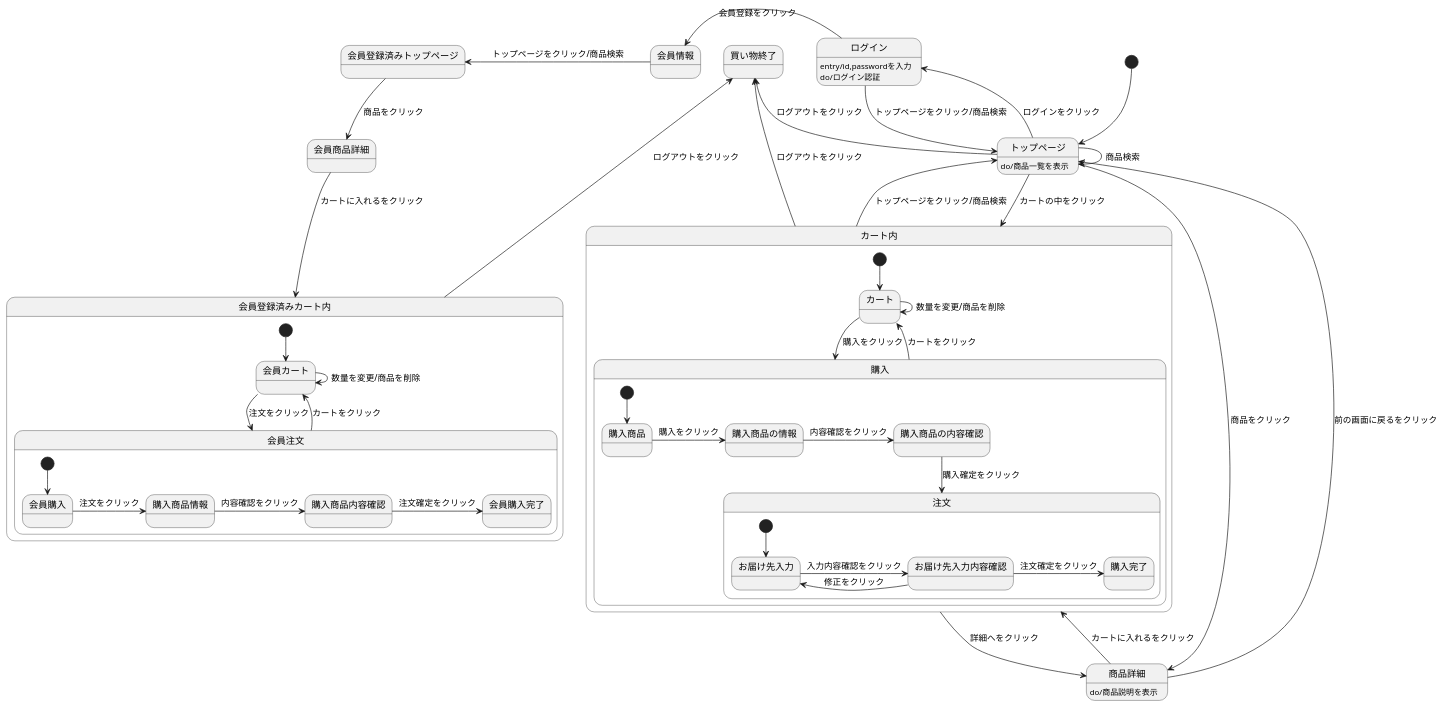
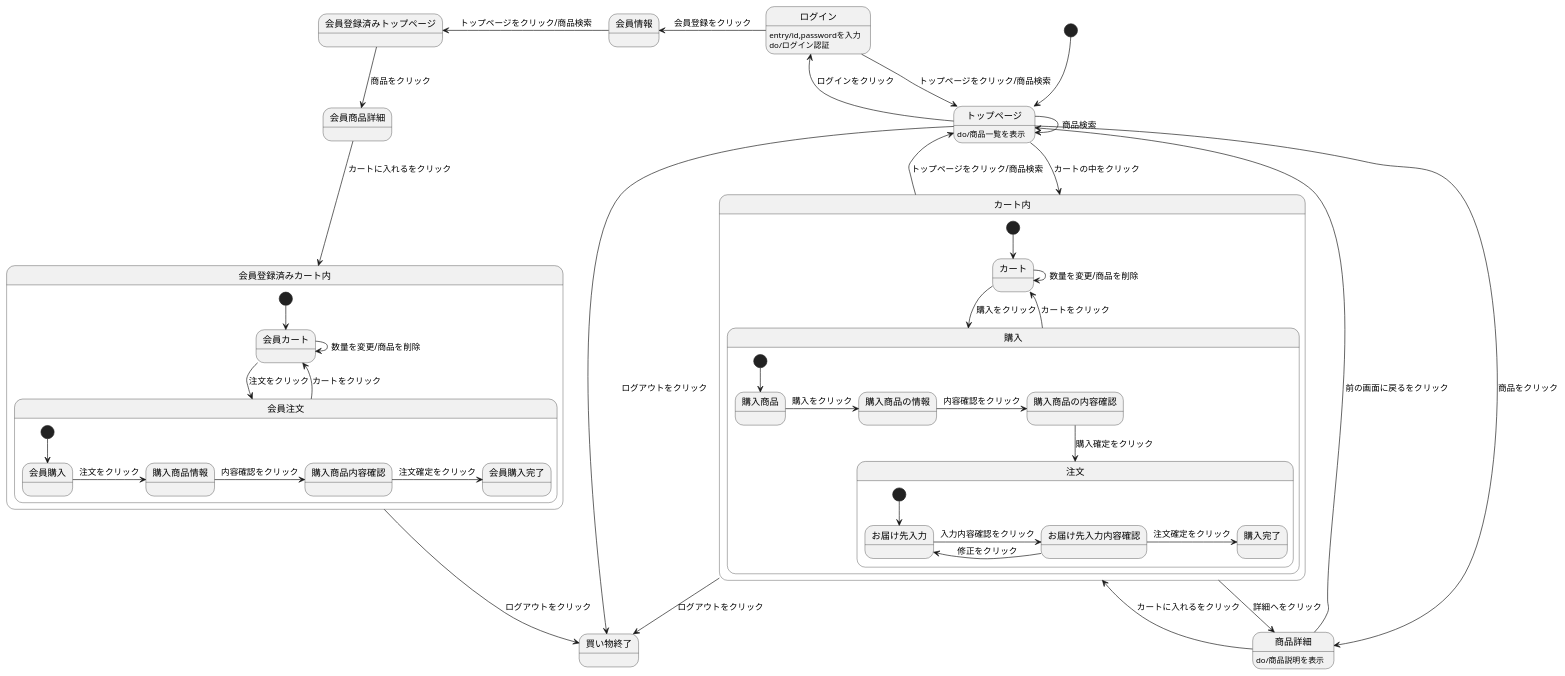
Before and after one commit to Aso2001140/2012sys-design: the diagram in create 12.md, drawn with PlantUML.

Commit message:
Create create 12.md

````diff
--- a/create 12.md
+++ b/create 12.md
@@ -1,57 +1,57 @@
 ```uml
 @startuml
 [*] --> トップページ
 会員情報 -left-> 会員登録済みトップページ : トップページをクリック/商品検索
 会員登録済みトップページ -down-> 会員商品詳細 : 商品をクリック
 会員商品詳細 -down-> 会員登録済みカート内 : カートに入れるをクリック
 ログイン -down-> トップページ : トップページをクリック/商品検索
 ログイン : entry/id,passwordを入力
 ログイン : do/ログイン認証
-トップページ -up-> 買い物終了 : ログアウトをクリック
+トップページ -down-> 買い物終了 : ログアウトをクリック
 トップページ -> トップページ : 商品検索
 トップページ -left-> 商品詳細 : 商品をクリック
 ログイン -left-> 会員情報 : 会員登録をクリック
 トップページ -left-> ログイン : ログインをクリック
 トップページ -down-> カート内 : カートの中をクリック
 トップページ : do/商品一覧を表示
 商品詳細 -down-> カート内 : カートに入れるをクリック
 商品詳細 --> トップページ : 前の画面に戻るをクリック
 商品詳細 : do/商品説明を表示
 カート内 -up-> トップページ : トップページをクリック/商品検索
-カート内 -up-> 買い物終了 : ログアウトをクリック
-会員登録済みカート内 -up-> 買い物終了 : ログアウトをクリック
+カート内 -down-> 買い物終了 : ログアウトをクリック
+会員登録済みカート内 -down-> 買い物終了 : ログアウトをクリック
 カート内 -> 商品詳細 : 詳細へをクリック
 
 
 state カート内{
 [*] --> カート
 カート -down-> 購入 : 購入をクリック
 カート -> カート : 数量を変更/商品を削除
 購入 --> カート : カートをクリック
 state 購入{
 [*] --> 購入商品
 購入商品 -> 購入商品の情報 : 購入をクリック
 購入商品の情報 -> 購入商品の内容確認 : 内容確認をクリック
 購入商品の内容確認 -down-> 注文 : 購入確定をクリック
 state 注文{
 [*] --> お届け先入力
 お届け先入力 -> お届け先入力内容確認 : 入力内容確認をクリック
 お届け先入力内容確認 -> お届け先入力 : 修正をクリック
 お届け先入力内容確認 -> 購入完了 : 注文確定をクリック
 }
 }
 }
 state 会員登録済みカート内{
 [*] --> 会員カート
 会員カート -> 会員注文 : 注文をクリック
 会員カート -> 会員カート : 数量を変更/商品を削除
 会員注文 --> 会員カート : カートをクリック
 state 会員注文{
 [*] --> 会員購入
 会員購入 -> 購入商品情報 : 注文をクリック
 購入商品情報 -> 購入商品内容確認 : 内容確認をクリック
 購入商品内容確認 -> 会員購入完了 : 注文確定をクリック
 }
 }
 @enduml
 ```
````
